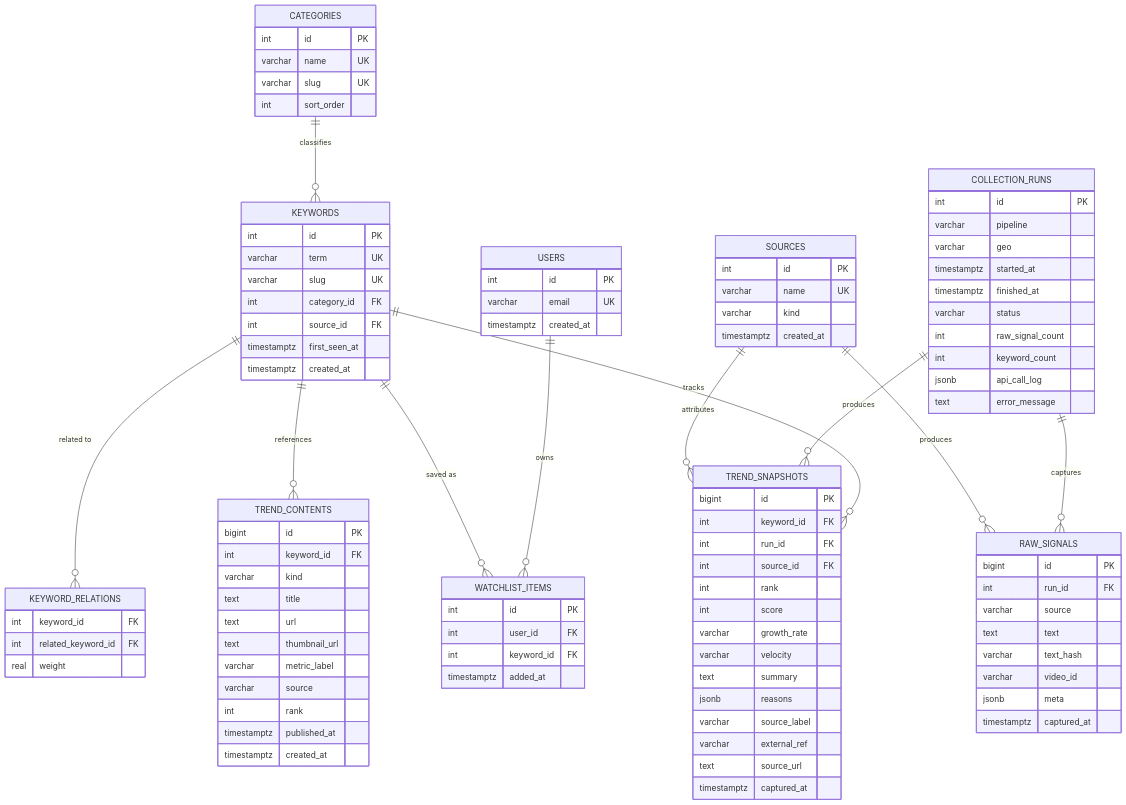
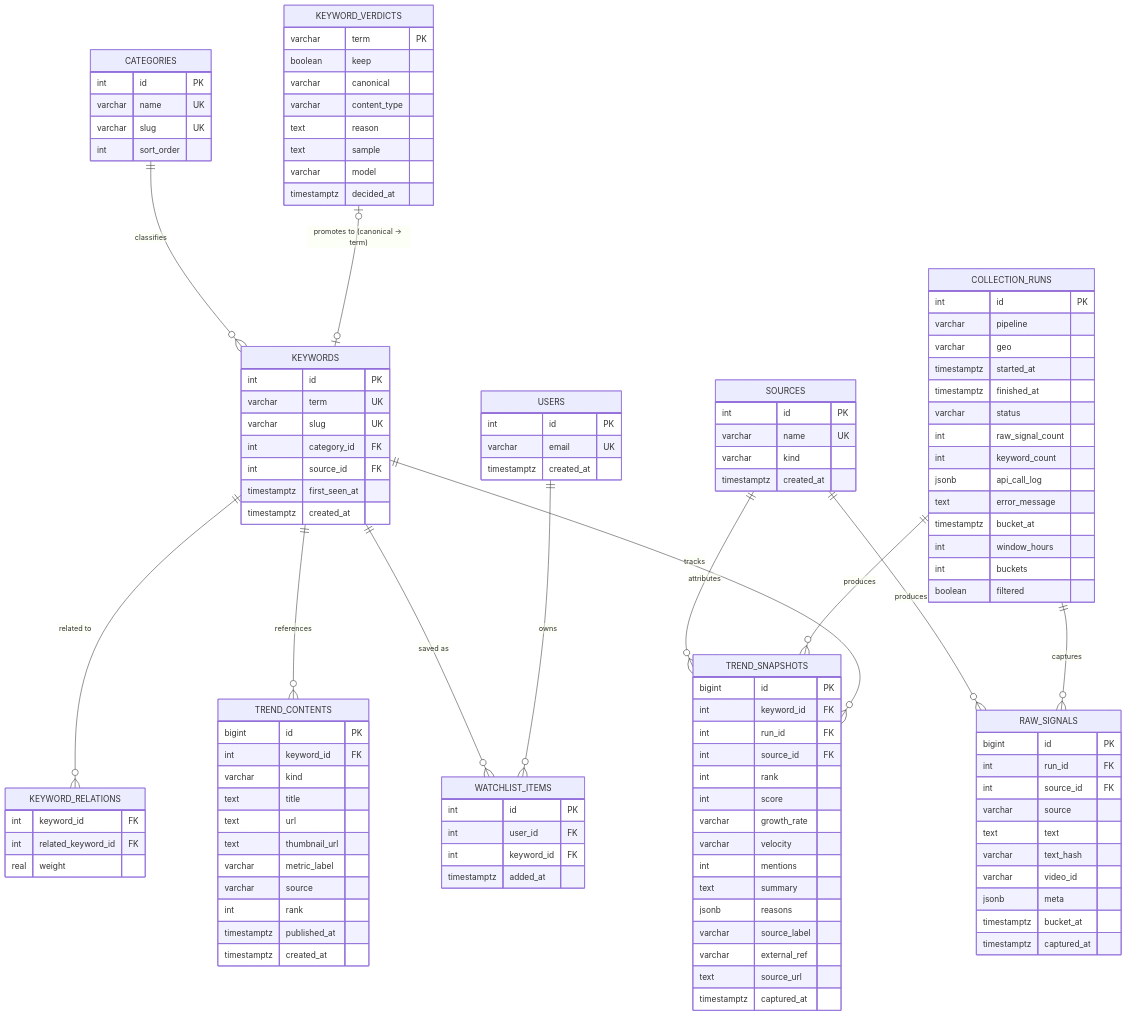
The diagram in docs/page-analysis-and-backend-design.md (songhaeunsong/TrendDrop), drawn with Mermaid before and after one commit. The commit also changed other lines of this file and 2 other files, not shown here.

Commit message:
docs: trend-rising 파이프라인 반영해 스키마 문서 보강
PR #23(trend-rising)의 실제 저장 스키마와 대조해 통합 스키마에
빠져있던 필드(bucket_at, window_hours, filtered, mentions,
keyword_verdicts 등)를 반영하고, trend-rising 쪽 컬럼명을
통합 스키마 이름으로 바꾸기 위한 매핑 계획을 별도 문서로 정리.

````diff
--- a/docs/page-analysis-and-backend-design.md
+++ b/docs/page-analysis-and-backend-design.md
@@ -162,6 +162,7 @@
   KEYWORDS ||--o{ KEYWORD_RELATIONS : "related to"
   KEYWORDS ||--o{ WATCHLIST_ITEMS : "saved as"
   USERS ||--o{ WATCHLIST_ITEMS : owns
+  KEYWORD_VERDICTS |o--o| KEYWORDS : "promotes to (canonical → term)"
 
   CATEGORIES {
     int id PK
@@ -186,6 +187,10 @@
     int keyword_count
     jsonb api_call_log
     text error_message
+    timestamptz bucket_at
+    int window_hours
+    int buckets
+    boolean filtered
   }
   KEYWORDS {
     int id PK
@@ -199,11 +204,13 @@
   RAW_SIGNALS {
     bigint id PK
     int run_id FK
+    int source_id FK
     varchar source
     text text
     varchar text_hash
     varchar video_id
     jsonb meta
+    timestamptz bucket_at
     timestamptz captured_at
   }
   TREND_SNAPSHOTS {
@@ -215,6 +222,7 @@
     int score
     varchar growth_rate
     varchar velocity
+    int mentions
     text summary
     jsonb reasons
     varchar source_label
@@ -251,4 +259,14 @@
     int keyword_id FK
     timestamptz added_at
   }
+  KEYWORD_VERDICTS {
+    varchar term PK
+    boolean keep
+    varchar canonical
+    varchar content_type
+    text reason
+    text sample
+    varchar model
+    timestamptz decided_at
+  }
 ```
````
